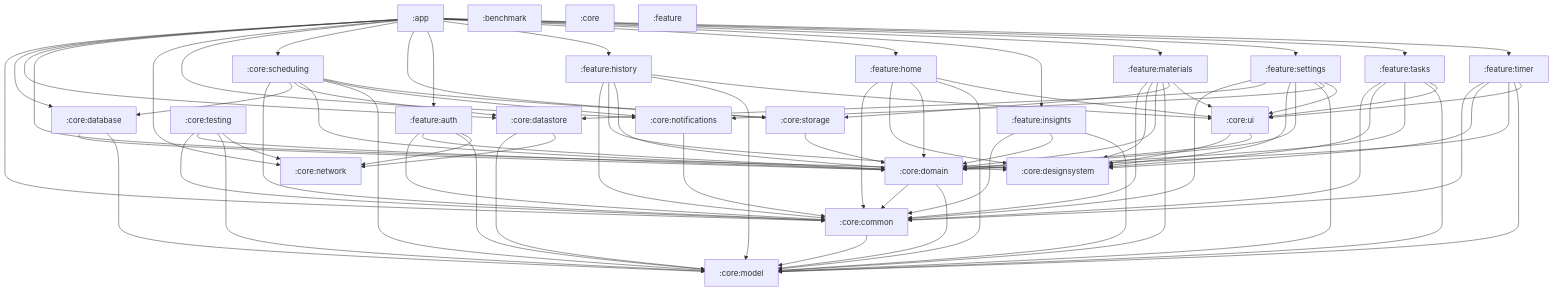
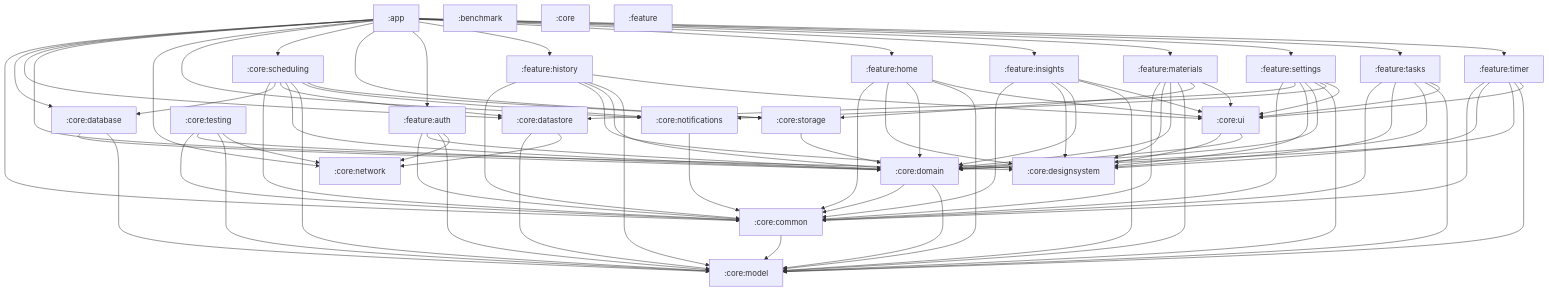
One commit to konarsubhojit/study-app changed the diagram in docs/module-graph.md. Above: the diagram before and after it, drawn with Mermaid. The commit also changed 21 other files, not shown here.

Commit message:
Add SQL-aggregated statistics & charts (Insights screen) (#129)

```diff
--- a/docs/module-graph.md
+++ b/docs/module-graph.md
@@ -84,8 +84,10 @@
     feature_home --> core_model
     feature_home --> core_ui
     feature_insights --> core_common
+    feature_insights --> core_designsystem
     feature_insights --> core_domain
     feature_insights --> core_model
+    feature_insights --> core_ui
     feature_materials --> core_common
     feature_materials --> core_designsystem
     feature_materials --> core_domain
```
